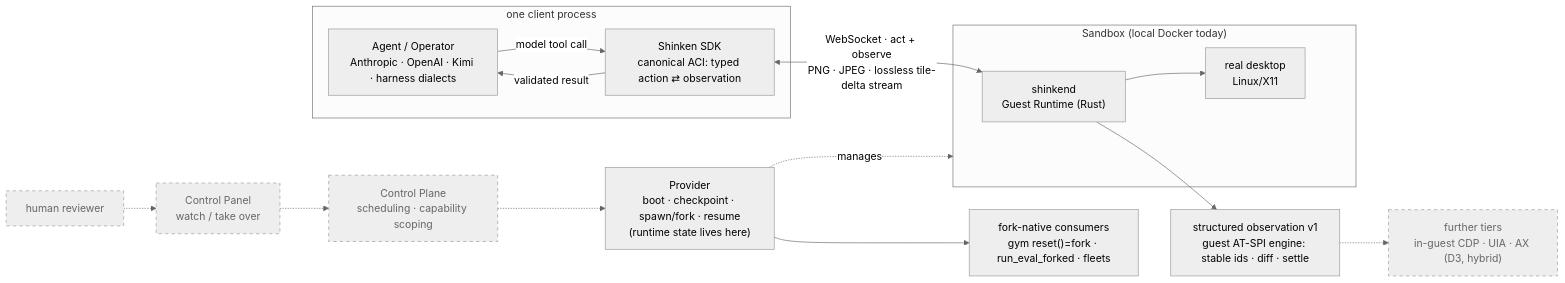
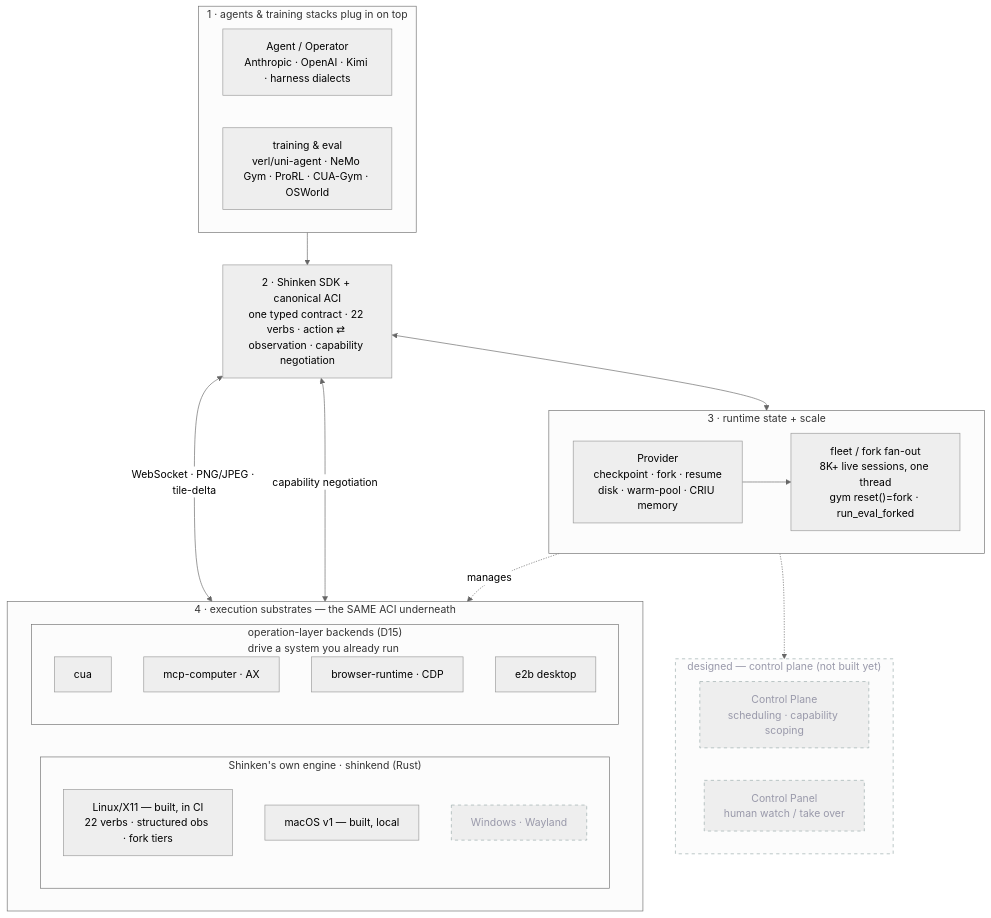
The diagram in README.md (Meirtz/Shinken), drawn with Mermaid (neutral theme) before and after one commit. The commit also changed other lines of this file, not shown here.

Commit message:
docs(readme): redraw the architecture diagram to current reality
The diagram now shows the narrow-waist story it was missing: one typed ACI with
(1) agents + training stacks on top, (2) the SDK/ACI waist, (3) runtime state +
scale (fork tiers + the 8K+ fleet), and (4) interchangeable execution substrates —
Shinken's own engine (Linux in CI, macOS v1 local, Windows designed) AND the D15
operation-layer backends (cua / mcp-computer / browser-runtime / e2b). Legend
corrected: macOS v1 is built-but-local, not in CI. Rendered + visually checked
before commit.

````diff
--- a/README.md
+++ b/README.md
@@ -250,22 +251,50 @@
 ```mermaid
-flowchart LR
-  subgraph proc["one client process"]
+flowchart TB
+  classDef d stroke-dasharray:5 5,stroke:#9aa,color:#99a;
+
+  subgraph top["1 · agents &amp; training stacks plug in on top"]
+    direction LR
     Agent["Agent / Operator<br/>Anthropic · OpenAI · Kimi · harness dialects"]
-    SDK["Shinken SDK<br/>canonical ACI: typed action ⇄ observation"]
-    Agent -->|model tool call| SDK
-    SDK -->|validated result| Agent
+    Train["training &amp; eval<br/>verl/uni-agent · NeMo Gym · ProRL · CUA-Gym · OSWorld"]
   end
-  subgraph box["Sandbox (local Docker today)"]
-    SK["shinkend<br/>Guest Runtime (Rust)"] --> Desktop["real desktop<br/>Linux/X11"]
+
+  SDK["2 · Shinken SDK + canonical ACI<br/>one typed contract · 22 verbs · action ⇄ observation · capability negotiation"]
+
+  subgraph mid["3 · runtime state + scale"]
+    direction LR
+    Provider["Provider<br/>checkpoint · fork · resume<br/>disk · warm-pool · CRIU memory"]
+    Fleet["fleet / fork fan-out<br/>8K+ live sessions, one thread<br/>gym reset()=fork · run_eval_forked"]
+    Provider --> Fleet
   end
-  SDK <-->|"WebSocket · act + observe<br/>PNG · JPEG · lossless tile-delta stream"| SK
-  Provider["Provider<br/>boot · checkpoint · spawn/fork · resume<br/>(runtime state lives here)"] -.manages.-> box
-  Provider --> Eval["fork-native consumers<br/>gym reset()=fork · run_eval_forked · fleets"]
 
-  SK --> OBS["structured observation v1<br/>guest AT-SPI engine: stable ids · diff · settle"]
-  OBS -.-> A11Y["further tiers<br/>in-guest CDP · UIA · AX (D3, hybrid)"]:::d
-  CP["Control Plane<br/>scheduling · capability scoping"]:::d -.-> Provider
-  Human["human reviewer"]:::d -.-> Panel["Control Panel<br/>watch / take over"]:::d
-  Panel -.-> CP
-  classDef d stroke-dasharray:5 5,stroke:#999,color:#666;
+  subgraph subs["4 · execution substrates — the SAME ACI underneath"]
+    direction LR
+    subgraph own["Shinken's own engine · shinkend (Rust)"]
+      direction TB
+      Lin["Linux/X11 — built, in CI<br/>22 verbs · structured obs · fork tiers"]
+      Mac["macOS v1 — built, local"]
+      Win["Windows · Wayland"]:::d
+    end
+    subgraph bk["operation-layer backends (D15)<br/>drive a system you already run"]
+      direction TB
+      Cua["cua"]
+      Mcp["mcp-computer · AX"]
+      Bu["browser-runtime · CDP"]
+      E2b["e2b desktop"]
+    end
+  end
+
+  top --> SDK
+  SDK <--> Provider
+  SDK <-->|"WebSocket · PNG/JPEG · tile-delta"| own
+  SDK <-->|"capability negotiation"| bk
+  Provider -.manages.-> own
+
+  subgraph cp["designed — control plane (not built yet)"]
+    direction LR
+    CP["Control Plane<br/>scheduling · capability scoping"]
+    Panel["Control Panel<br/>human watch / take over"]
+  end
+  class cp,CP,Panel d
+  Provider -.-> CP
 ```
````
